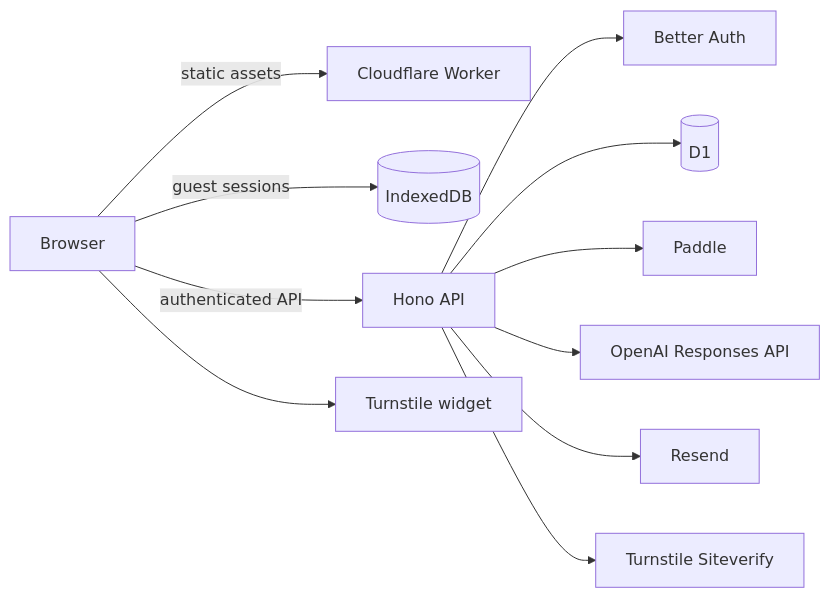
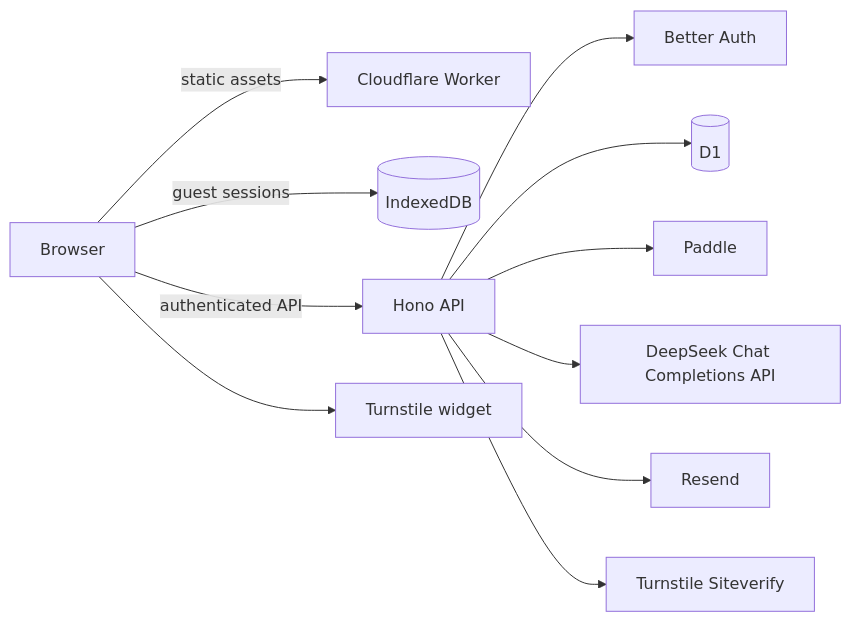
Before and after one commit to Yates3/IntentHour: the diagram in docs/ARCHITECTURE.md, drawn with Mermaid. The commit also changed 12 other files, not shown here.

Commit message:
feat: switch weekly reviews to DeepSeek

````diff
--- a/docs/ARCHITECTURE.md
+++ b/docs/ARCHITECTURE.md
@@ -7,13 +7,13 @@
 ```mermaid
 flowchart LR
   B[Browser] -->|static assets| W[Cloudflare Worker]
   B -->|guest sessions| I[(IndexedDB)]
   B -->|authenticated API| H[Hono API]
   H --> A[Better Auth]
   H --> D[(D1)]
   H --> P[Paddle]
-  H --> O[OpenAI Responses API]
+  H --> O[DeepSeek Chat Completions API]
   H --> R[Resend]
   B --> T[Turnstile widget]
   H --> T2[Turnstile Siteverify]
 ```
````
